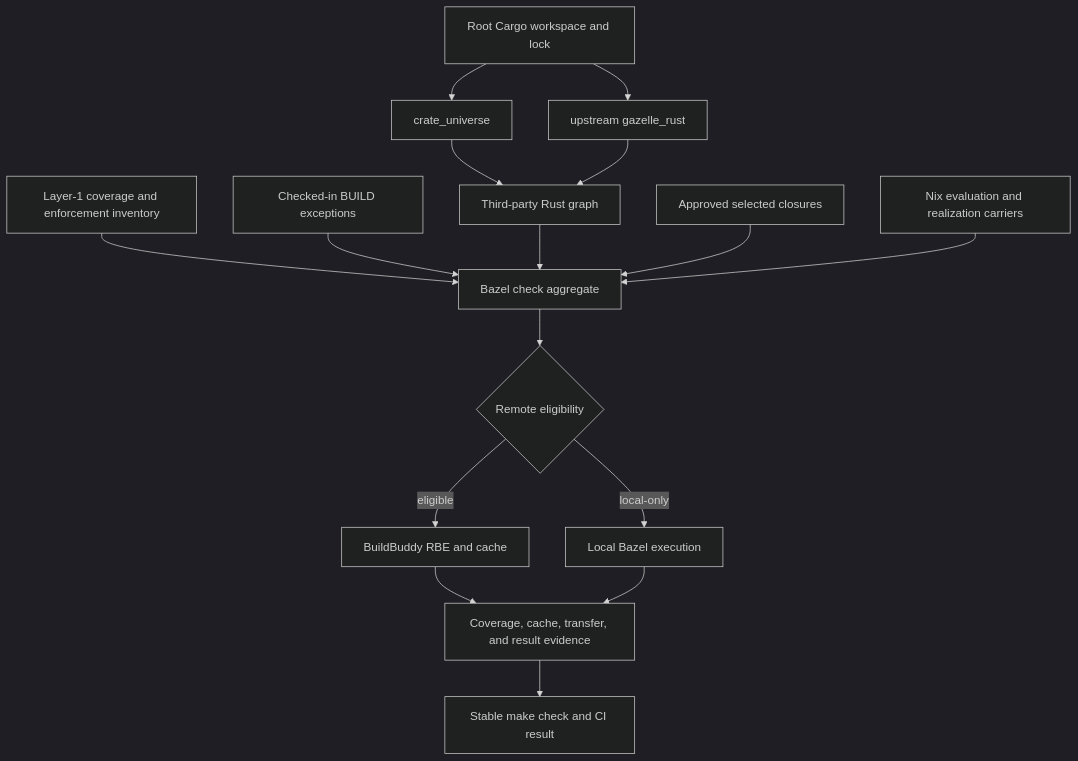
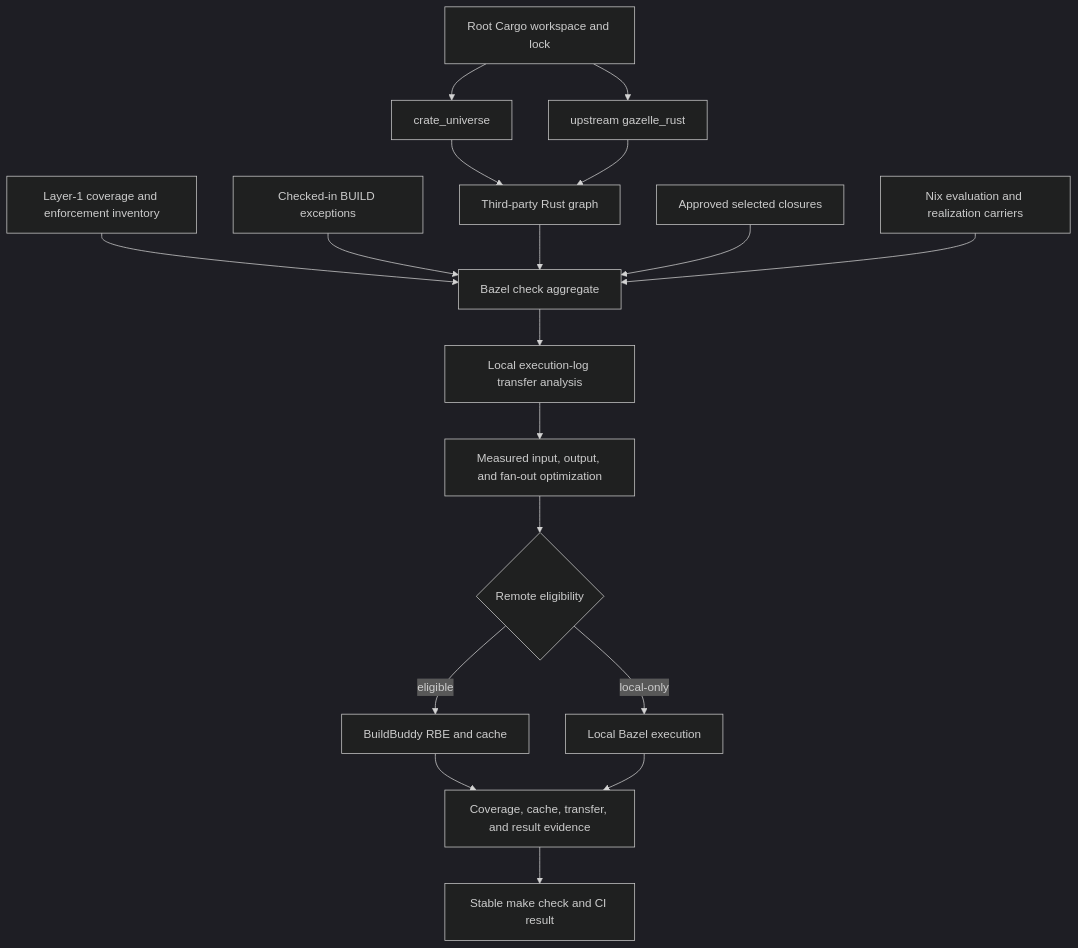
The second of 4 diagrams in docs/plans/2026-08-14-002-refactor-bazel-buildbuddy-check-migration-plan.md (vicondoa/d2b), drawn with Mermaid (dark theme) before and after one commit. The commit also changed other lines of this file, not shown here.

First line of the commit message:
plan: gate BuildBuddy on transfer analysis

````diff
--- a/docs/plans/2026-08-14-002-refactor-bazel-buildbuddy-check-migration-plan.md
+++ b/docs/plans/2026-08-14-002-refactor-bazel-buildbuddy-check-migration-plan.md
@@ -292,18 +311,20 @@
 ```mermaid
 flowchart TB
   Manifest[Layer-1 coverage and enforcement inventory] --> Aggregate[Bazel check aggregate]
   Cargo[Root Cargo workspace and lock] --> CU[crate_universe]
   Cargo --> Gazelle[upstream gazelle_rust]
   CU --> RustTargets[Third-party Rust graph]
   Gazelle --> RustTargets
   Exceptions[Checked-in BUILD exceptions] --> Aggregate
   RustTargets --> Aggregate
   Policy[Approved selected closures] --> Aggregate
   Nix[Nix evaluation and realization carriers] --> Aggregate
-  Aggregate --> Eligibility{Remote eligibility}
+  Aggregate --> Transfer[Local execution-log transfer analysis]
+  Transfer --> Optimize[Measured input, output, and fan-out optimization]
+  Optimize --> Eligibility{Remote eligibility}
   Eligibility -->|eligible| BuildBuddy[BuildBuddy RBE and cache]
   Eligibility -->|local-only| Local[Local Bazel execution]
   BuildBuddy --> Evidence[Coverage, cache, transfer, and result evidence]
   Local --> Evidence
   Evidence --> Result[Stable make check and CI result]
 ```
````
